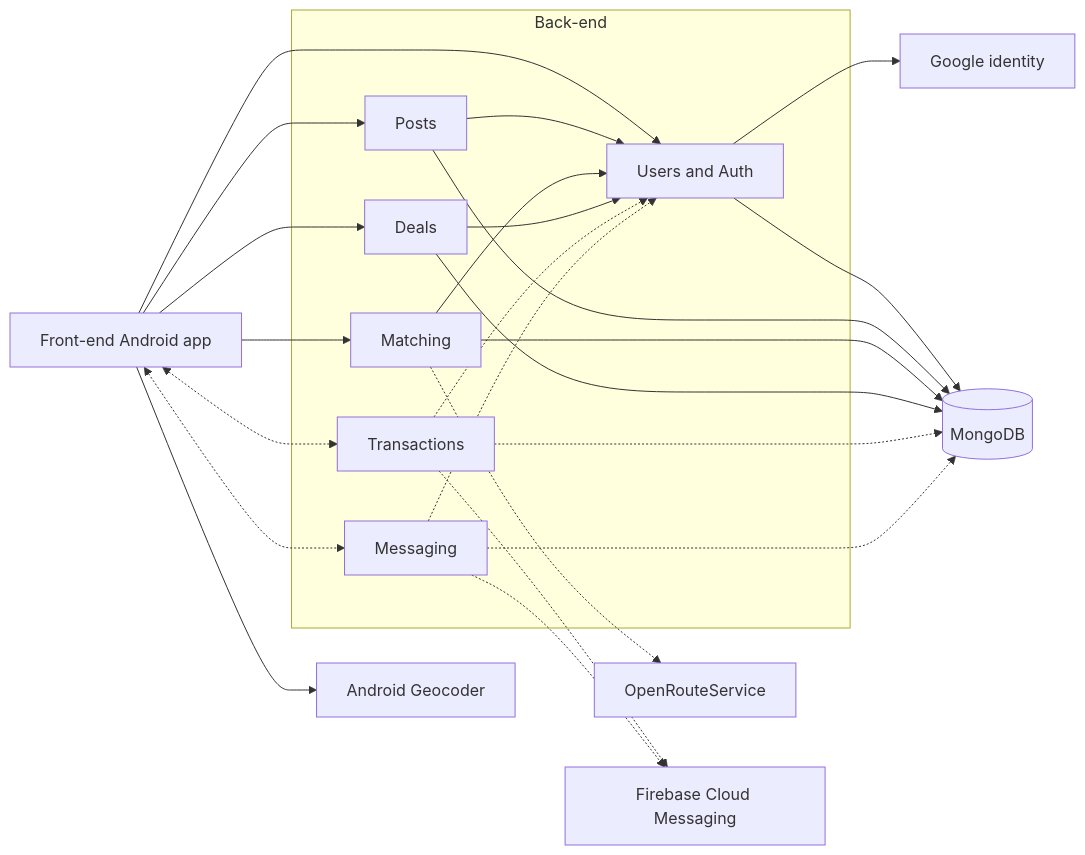
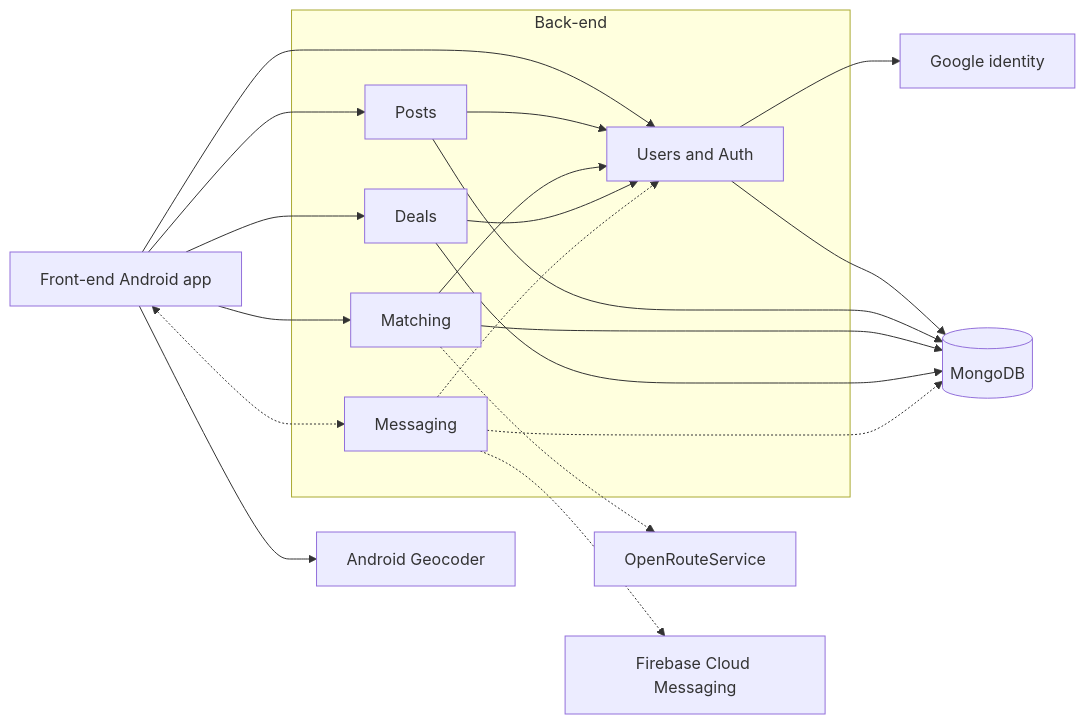
The first of 6 diagrams in documentation/Requirements_and_Design.md (m1lun/m1skeletonProject), drawn with Mermaid before and after one commit. The commit also changed other lines of this file and 2 other files, not shown here.

Commit message:
docs: replace offers and transactions with deals

````diff
--- a/documentation/Requirements_and_Design.md
+++ b/documentation/Requirements_and_Design.md
@@ -435,40 +415,35 @@
 ```mermaid
 flowchart LR
     FE[Front-end Android app]
     subgraph BE["Back-end"]
         UA[Users and Auth]
         P[Posts]
         M[Matching]
-        T[Transactions]
         MS[Messaging]
         D[Deals]
     end
     DB[(MongoDB)]
     G[Google identity]
     GEO[Android Geocoder]
     ORS[OpenRouteService]
     FCM[Firebase Cloud Messaging]
 
     FE --> UA
     FE --> P
     FE --> M
     FE --> GEO
     FE --> D
-    FE <-.-> T
     FE <-.-> MS
     UA --> G
     UA --> DB
     P --> UA
     P --> DB
     M --> UA
     M --> DB
     D --> UA
     D --> DB
     M -.-> ORS
-    T -.-> UA
-    T -.-> DB
-    T -.-> FCM
     MS -.-> UA
     MS -.-> DB
     MS -.-> FCM
 ```
````
